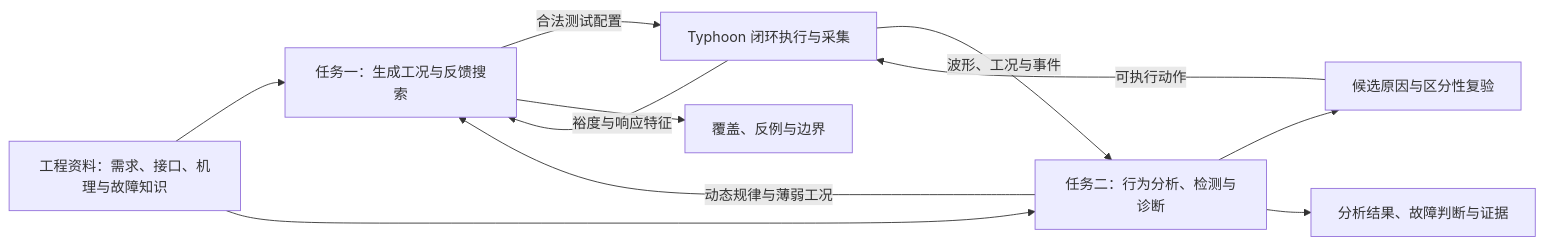
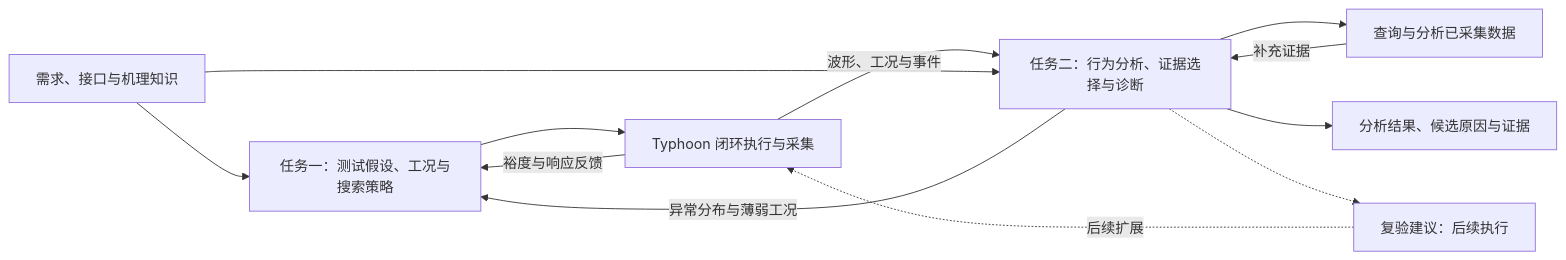
Before and after one commit to LYX2LK/Typhoon-HIL-lab-workflow: the first of 3 diagrams in docs/research/2026-11-11-hil-ai-selection/technical-selection.md, drawn with Mermaid. The commit also changed other lines of this file and 3 other files, not shown here.

````diff
--- a/docs/research/2026-11-11-hil-ai-selection/technical-selection.md
+++ b/docs/research/2026-11-11-hil-ai-selection/technical-selection.md
@@ -30,13 +35,14 @@
 ```mermaid
 flowchart LR
-    K["工程资料：需求、接口、机理与故障知识"] --> A["任务一：生成工况与反馈搜索"]
-    A -->|合法测试配置| E["Typhoon 闭环执行与采集"]
-    E -->|裕度与响应特征| A
-    E -->|波形、工况与事件| B["任务二：行为分析、检测与诊断"]
+    K["需求、接口与机理知识"] --> A["任务一：测试假设、工况与搜索策略"]
+    A --> E["Typhoon 闭环执行与采集"]
+    E -->|裕度与响应反馈| A
+    E -->|波形、工况与事件| B["任务二：行为分析、证据选择与诊断"]
     K --> B
-    B --> R["候选原因与区分性复验"]
-    R -->|可执行动作| E
-    B -->|动态规律与薄弱工况| A
-    A --> O["覆盖、反例与边界"]
-    B --> P["分析结果、故障判断与证据"]
+    B --> Q["查询与分析已采集数据"]
+    Q -->|补充证据| B
+    B --> O["分析结果、候选原因与证据"]
+    B -->|异常分布与薄弱工况| A
+    B -.-> R["复验建议：后续执行"]
+    R -.->|后续扩展| E
 ```
````
